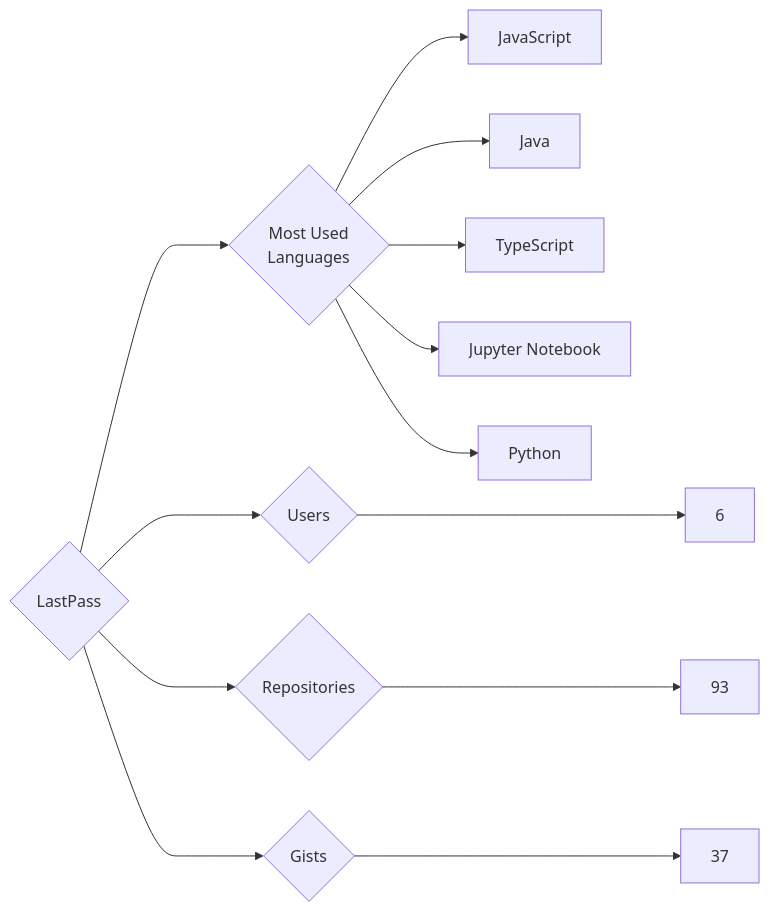
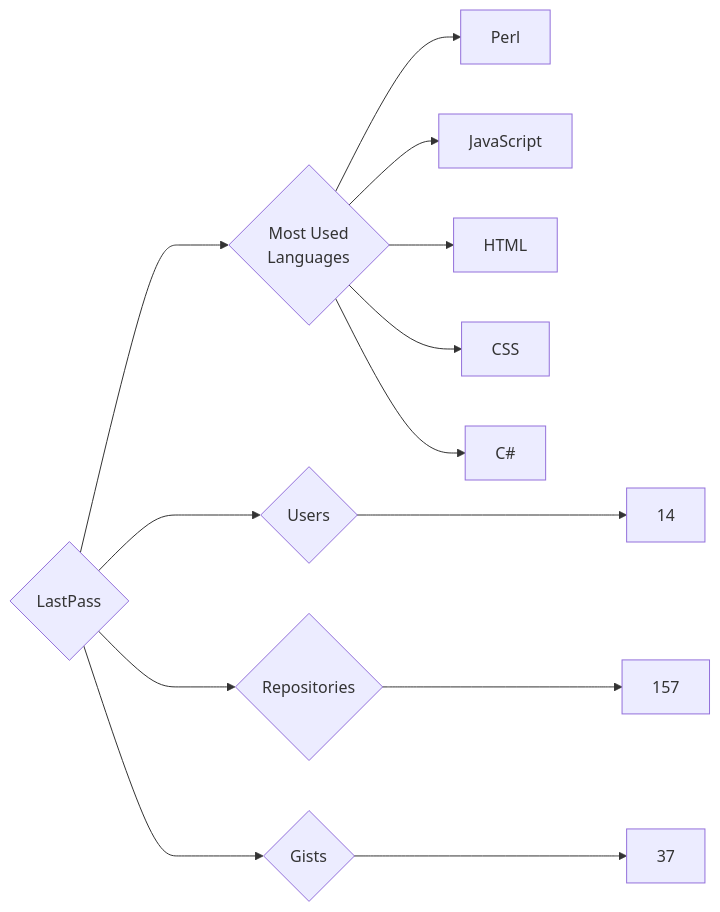
The diagram in targets/LastPass/README.md (trickest/insiders), drawn with Mermaid before and after one commit. The commit also changed 914 other files, not shown here.

````diff
--- a/targets/LastPass/README.md
+++ b/targets/LastPass/README.md
@@ -3,13 +3,13 @@
 ```mermaid
 graph LR
 COMPANY_NAME{LastPass}
-COMPANY_NAME ---> U{Users} ---> UN[6]
-COMPANY_NAME ---> R{Repositories} ---> RN[93]
+COMPANY_NAME ---> U{Users} ---> UN[14]
+COMPANY_NAME ---> R{Repositories} ---> RN[157]
 COMPANY_NAME ---> G{Gists} ---> GN[37]
 COMPANY_NAME ---> ML{Most Used<br>Languages}
+ML --> Perl[Perl]
 ML --> JavaScript[JavaScript]
-ML --> Java[Java]
-ML --> TypeScript[TypeScript]
-ML --> Jupyter_Notebook[Jupyter Notebook]
-ML --> Python[Python]
+ML --> HTML[HTML]
+ML --> CSS[CSS]
+ML --> C#[C#]
 ```
````
